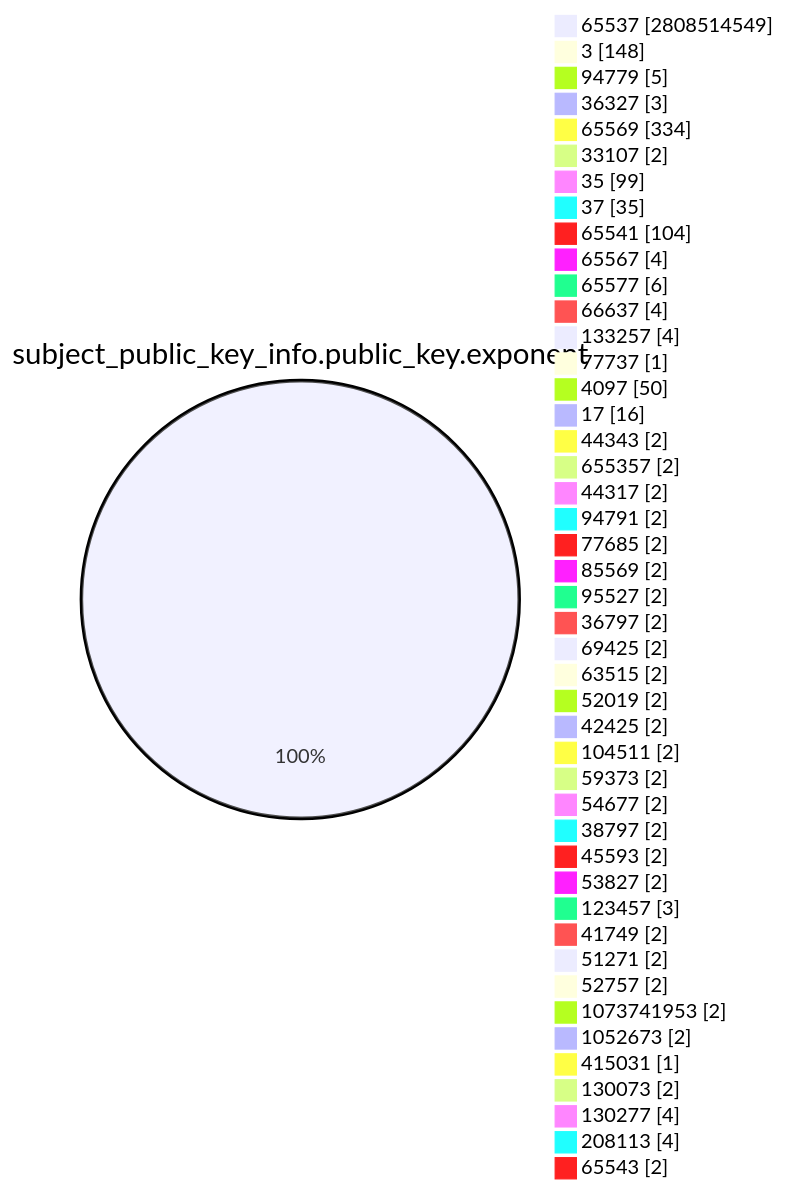
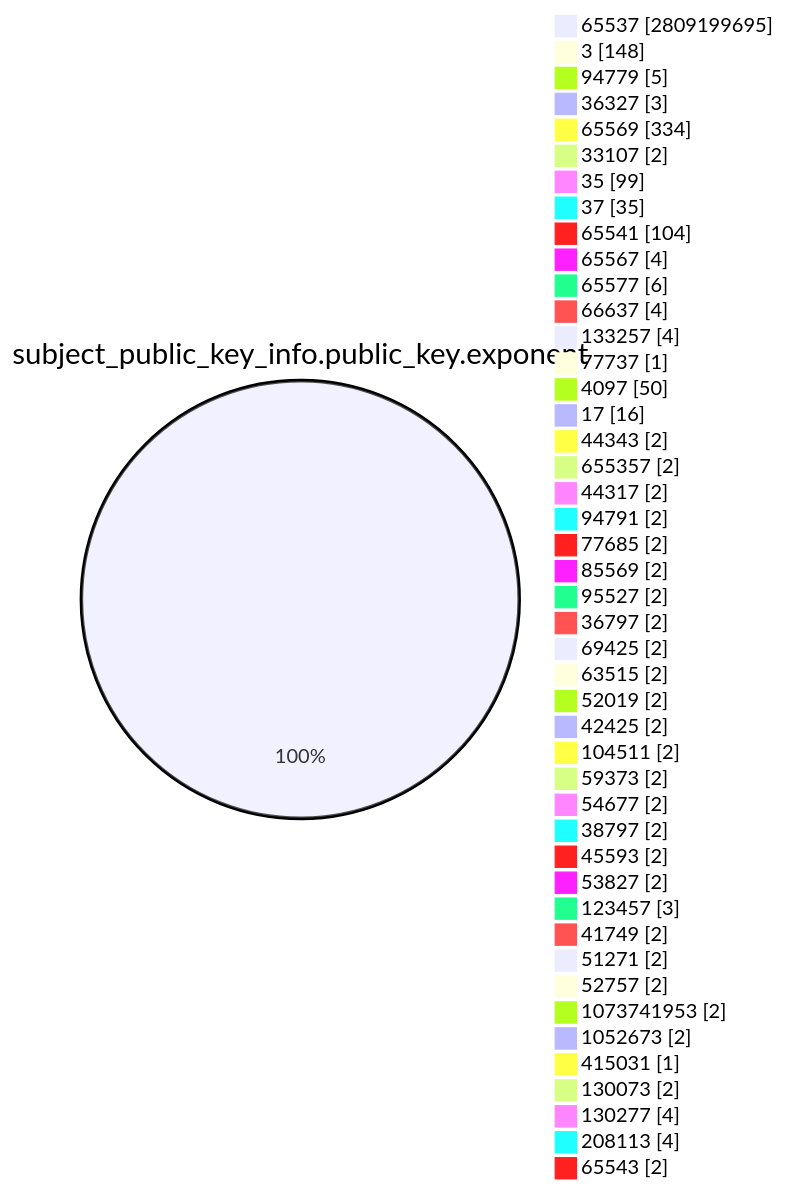
Before and after one commit to christiankrug/ctmonitor_visualization: the fourth of 15 diagrams in TOTAL/README.md, drawn with Mermaid. The commit also changed other lines of this file, not shown here.

````diff
--- a/TOTAL/README.md
+++ b/TOTAL/README.md
@@ -1467,49 +1467,49 @@
 ```mermaid
 pie showData
 title subject_public_key_info.public_key.exponent
-"65537" :2808514549
+"65537" :2809199695
 "3" :148
 "94779" :5
 "36327" :3
 "65569" :334
 "33107" :2
 "35" :99
 "37" :35
 "65541" :104
 "65567" :4
 "65577" :6
 "66637" :4
 "133257" :4
 "77737" :1
 "4097" :50
 "17" :16
 "44343" :2
 "655357" :2
 "44317" :2
 "94791" :2
 "77685" :2
 "85569" :2
 "95527" :2
 "36797" :2
 "69425" :2
 "63515" :2
 "52019" :2
 "42425" :2
 "104511" :2
 "59373" :2
 "54677" :2
 "38797" :2
 "45593" :2
 "53827" :2
 "123457" :3
 "41749" :2
 "51271" :2
 "52757" :2
 "1073741953" :2
 "1052673" :2
 "415031" :1
 "130073" :2
 "130277" :4
 "208113" :4
 "65543" :2
 ```
````
